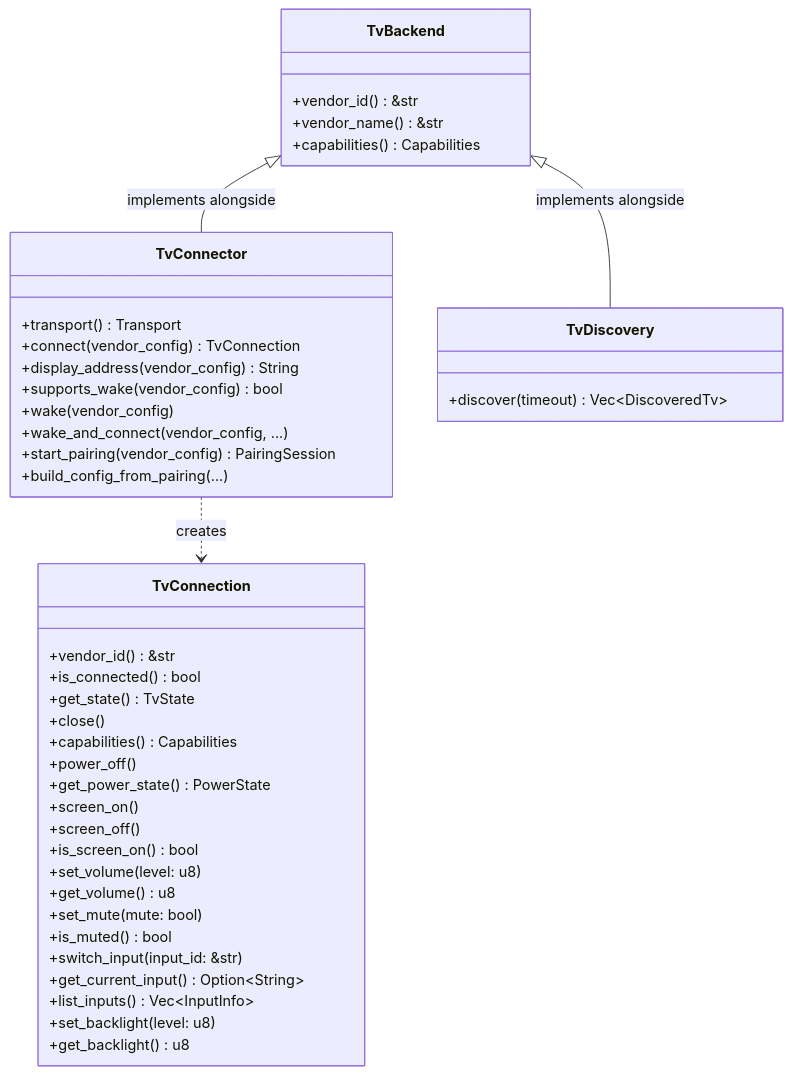
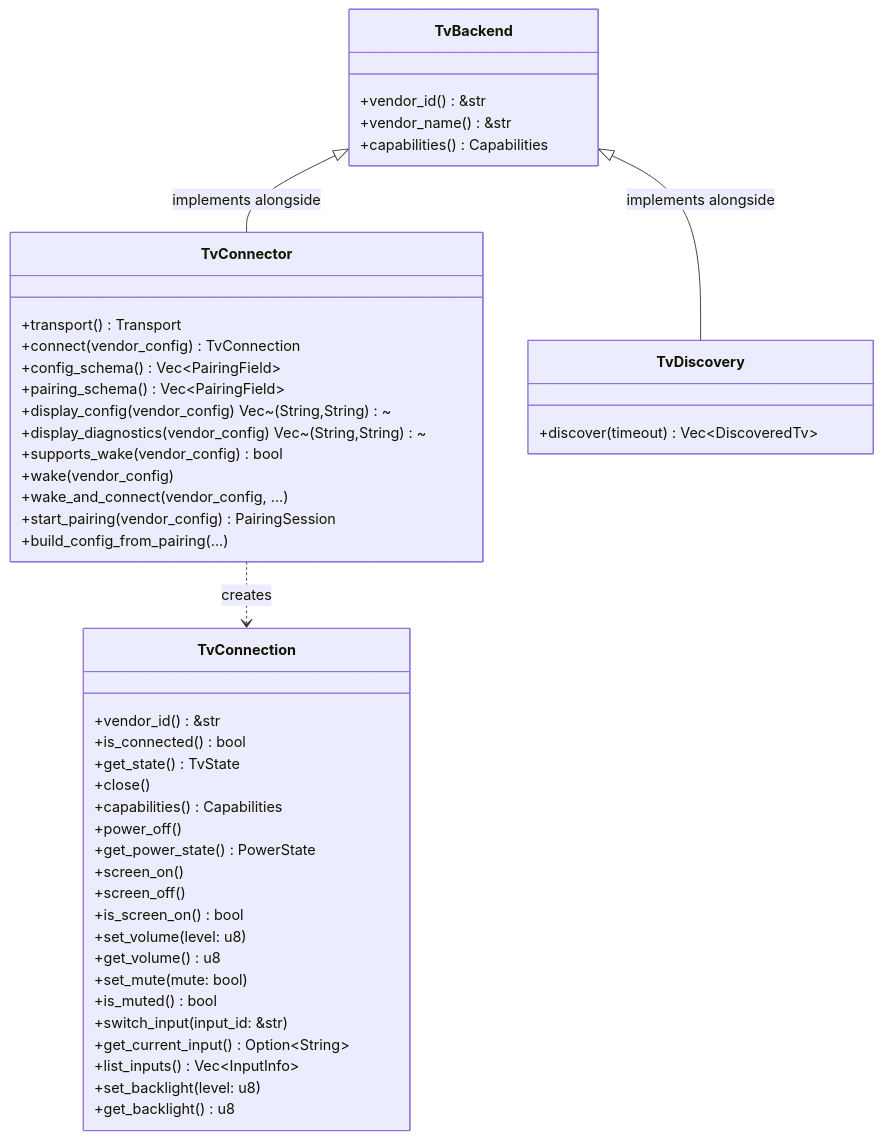
Before and after one commit to TisVlay/TisVlay: the third of 4 diagrams in docs/design.md, drawn with Mermaid. The commit also changed other lines of this file and 105 other files, not shown here.

````diff
--- a/docs/design.md
+++ b/docs/design.md
@@ -97,49 +107,52 @@
 ```mermaid
 classDiagram
     class TvBackend {
         +vendor_id() &str
         +vendor_name() &str
         +capabilities() Capabilities
     }
 
     class TvConnector {
         +transport() Transport
         +connect(vendor_config) TvConnection
-        +display_address(vendor_config) String
+        +config_schema() Vec~PairingField~
+        +pairing_schema() Vec~PairingField~
+        +display_config(vendor_config) Vec~(String,String)~
+        +display_diagnostics(vendor_config) Vec~(String,String)~
         +supports_wake(vendor_config) bool
         +wake(vendor_config)
         +wake_and_connect(vendor_config, ...)
         +start_pairing(vendor_config) PairingSession
         +build_config_from_pairing(...)
     }
 
     class TvDiscovery {
         +discover(timeout) Vec~DiscoveredTv~
     }
 
     class TvConnection {
         +vendor_id() &str
         +is_connected() bool
         +get_state() TvState
         +close()
         +capabilities() Capabilities
         +power_off()
         +get_power_state() PowerState
         +screen_on()
         +screen_off()
         +is_screen_on() bool
         +set_volume(level: u8)
         +get_volume() u8
         +set_mute(mute: bool)
         +is_muted() bool
         +switch_input(input_id: &str)
         +get_current_input() Option~String~
         +list_inputs() Vec~InputInfo~
         +set_backlight(level: u8)
         +get_backlight() u8
     }
 
     TvBackend <|-- TvConnector : implements alongside
     TvBackend <|-- TvDiscovery : implements alongside
     TvConnector ..> TvConnection : creates
 ```
````
